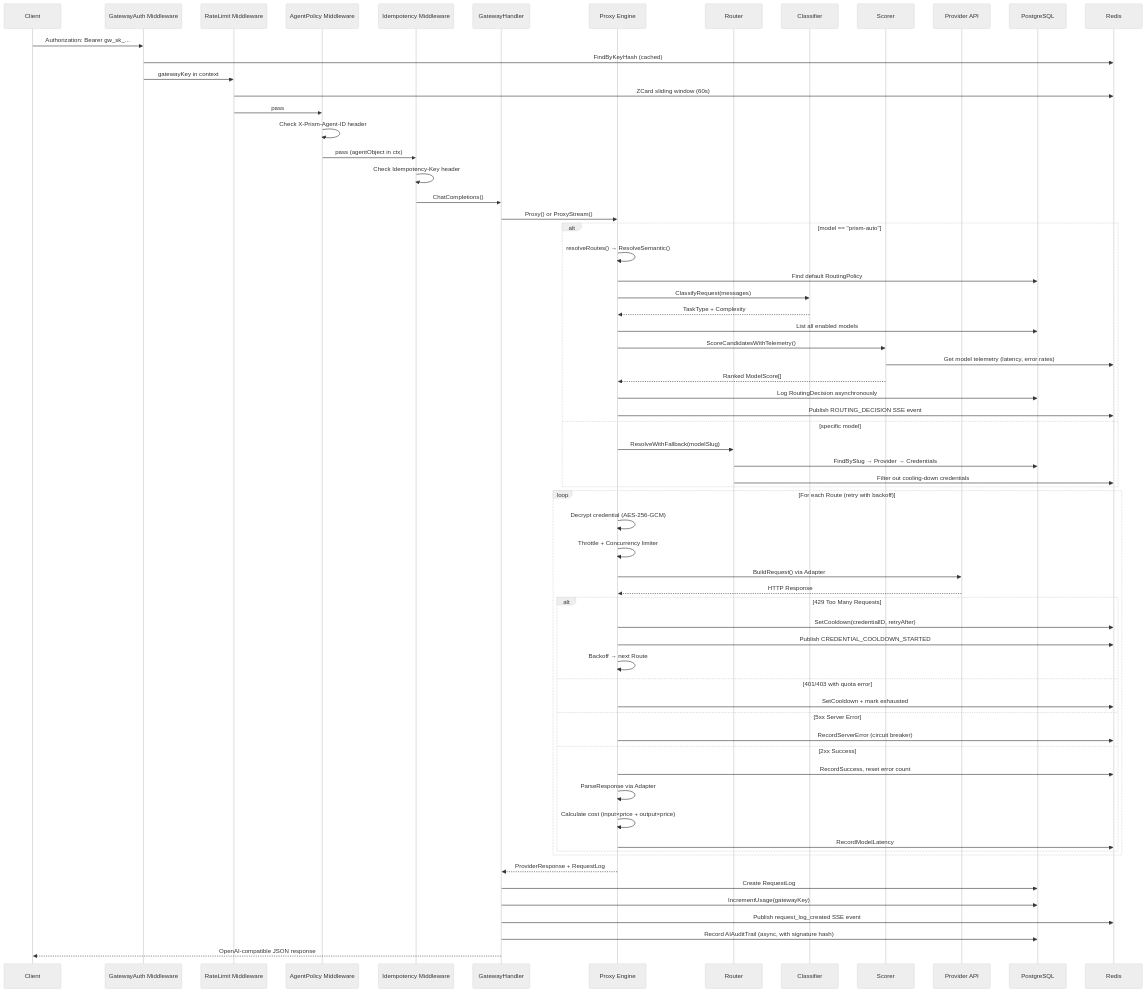
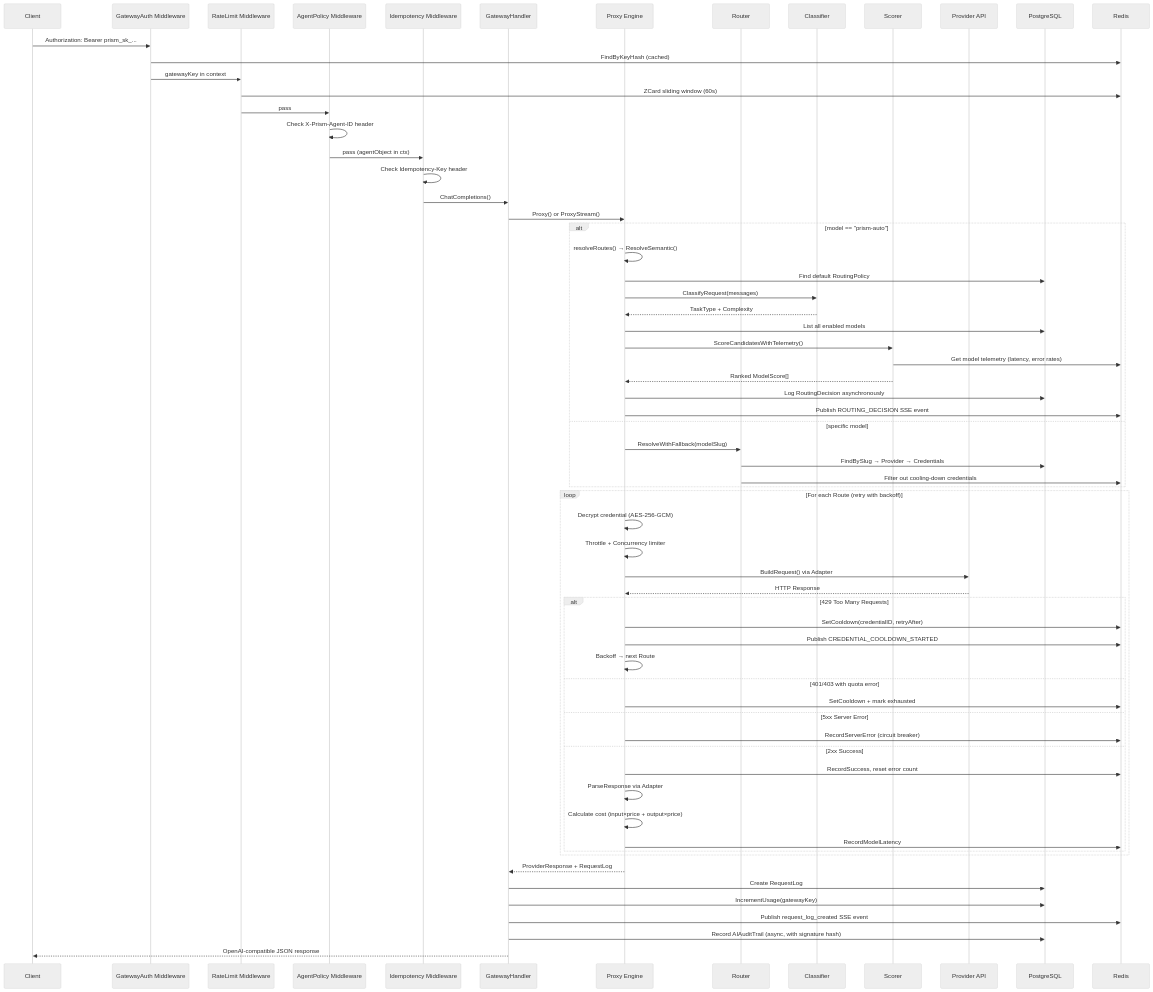
The first of 2 diagrams in docs/prism_architecture_map.md (roozylabs27/prism), drawn with Mermaid (neutral theme) before and after one commit. The commit also changed other lines of this file and 32 other files, not shown here.

First line of the commit message:
feat(keys): issue prism_sk_ gateway keys, keep accepting gw_sk_

````diff
--- a/docs/prism_architecture_map.md
+++ b/docs/prism_architecture_map.md
@@ -279,73 +279,73 @@
 ```mermaid
 sequenceDiagram
     participant Client
     participant GatewayAuth as GatewayAuth Middleware
     participant RateLimit as RateLimit Middleware
     participant AgentPolicy as AgentPolicy Middleware
     participant Idempotency as Idempotency Middleware
     participant Gateway as GatewayHandler
     participant Engine as Proxy Engine
     participant Router
     participant Classifier
     participant Scorer
     participant Provider as Provider API
     participant DB as PostgreSQL
     participant Redis
 
-    Client->>GatewayAuth: Authorization: Bearer gw_sk_...
+    Client->>GatewayAuth: Authorization: Bearer prism_sk_...
     GatewayAuth->>Redis: FindByKeyHash (cached)
     GatewayAuth->>RateLimit: gatewayKey in context
     RateLimit->>Redis: ZCard sliding window (60s)
     RateLimit->>AgentPolicy: pass
     AgentPolicy->>AgentPolicy: Check X-Prism-Agent-ID header
     AgentPolicy->>Idempotency: pass (agentObject in ctx)
     Idempotency->>Idempotency: Check Idempotency-Key header
     Idempotency->>Gateway: ChatCompletions()
     Gateway->>Engine: Proxy() or ProxyStream()
 
     alt model == "prism-auto"
         Engine->>Engine: resolveRoutes() → ResolveSemantic()
         Engine->>DB: Find default RoutingPolicy
         Engine->>Classifier: ClassifyRequest(messages)
         Classifier-->>Engine: TaskType + Complexity
         Engine->>DB: List all enabled models
         Engine->>Scorer: ScoreCandidatesWithTelemetry()
         Scorer->>Redis: Get model telemetry (latency, error rates)
         Scorer-->>Engine: Ranked ModelScore[]
         Engine->>DB: Log RoutingDecision asynchronously
         Engine->>Redis: Publish ROUTING_DECISION SSE event
     else specific model
         Engine->>Router: ResolveWithFallback(modelSlug)
         Router->>DB: FindBySlug → Provider → Credentials
         Router->>Redis: Filter out cooling-down credentials
     end
 
     loop For each Route (retry with backoff)
         Engine->>Engine: Decrypt credential (AES-256-GCM)
         Engine->>Engine: Throttle + Concurrency limiter
         Engine->>Provider: BuildRequest() via Adapter
         Provider-->>Engine: HTTP Response
 
         alt 429 Too Many Requests
             Engine->>Redis: SetCooldown(credentialID, retryAfter)
             Engine->>Redis: Publish CREDENTIAL_COOLDOWN_STARTED
             Engine->>Engine: Backoff → next Route
         else 401/403 with quota error
             Engine->>Redis: SetCooldown + mark exhausted
         else 5xx Server Error
             Engine->>Redis: RecordServerError (circuit breaker)
         else 2xx Success
             Engine->>Redis: RecordSuccess, reset error count
             Engine->>Engine: ParseResponse via Adapter
             Engine->>Engine: Calculate cost (input×price + output×price)
             Engine->>Redis: RecordModelLatency
         end
     end
 
     Engine-->>Gateway: ProviderResponse + RequestLog
     Gateway->>DB: Create RequestLog
     Gateway->>DB: IncrementUsage(gatewayKey)
     Gateway->>Redis: Publish request_log_created SSE event
     Gateway->>DB: Record AIAuditTrail (async, with signature hash)
     Gateway-->>Client: OpenAI-compatible JSON response
 ```
````
